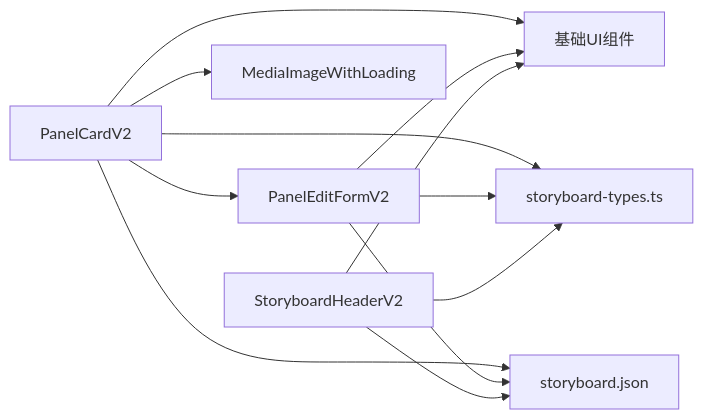
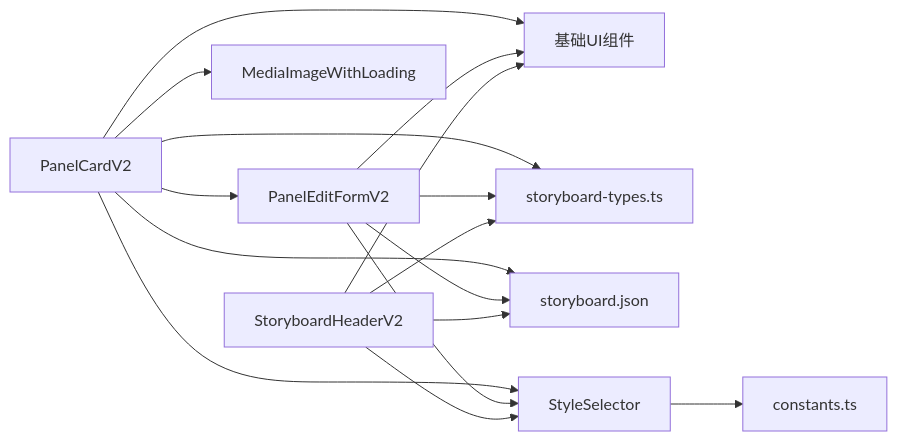
The seventh of 7 diagrams in .qoder/repowiki/zh/content/前端组件架构/UI组件库/模式组件.md (lyl2021/waoowaoo), drawn with Mermaid before and after one commit. The commit also changed other lines of this file and 20 other files, not shown here.

````diff
--- a/.qoder/repowiki/zh/content/前端组件架构/UI组件库/模式组件.md
+++ b/.qoder/repowiki/zh/content/前端组件架构/UI组件库/模式组件.md
@@ -333,14 +440,18 @@
 ```mermaid
 graph LR
 PC["PanelCardV2"] --> PEF["PanelEditFormV2"]
 PC --> IMG["MediaImageWithLoading"]
 PC --> PRIMS["基础UI组件"]
 PEF --> PRIMS
 SBH["StoryboardHeaderV2"] --> PRIMS
 PC --> TYPES["storyboard-types.ts"]
 PEF --> TYPES
 SBH --> TYPES
 PC --> I18N["storyboard.json"]
 PEF --> I18N
 SBH --> I18N
+PC --> STYLE["StyleSelector"]
+PEF --> STYLE
+SBH --> STYLE
+STYLE --> CONST["constants.ts"]
 ```
````
